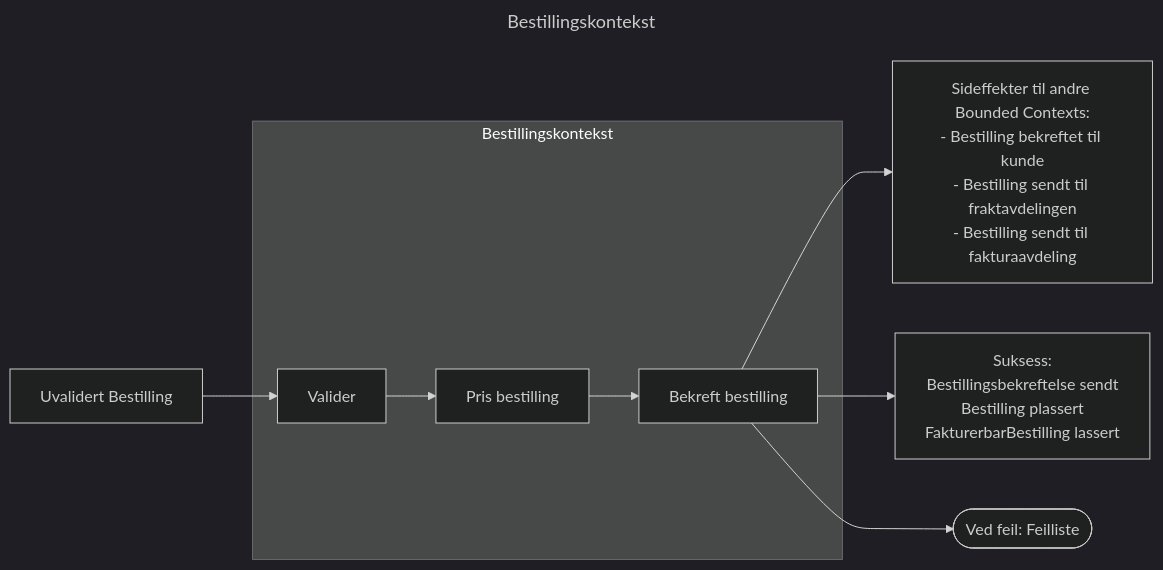
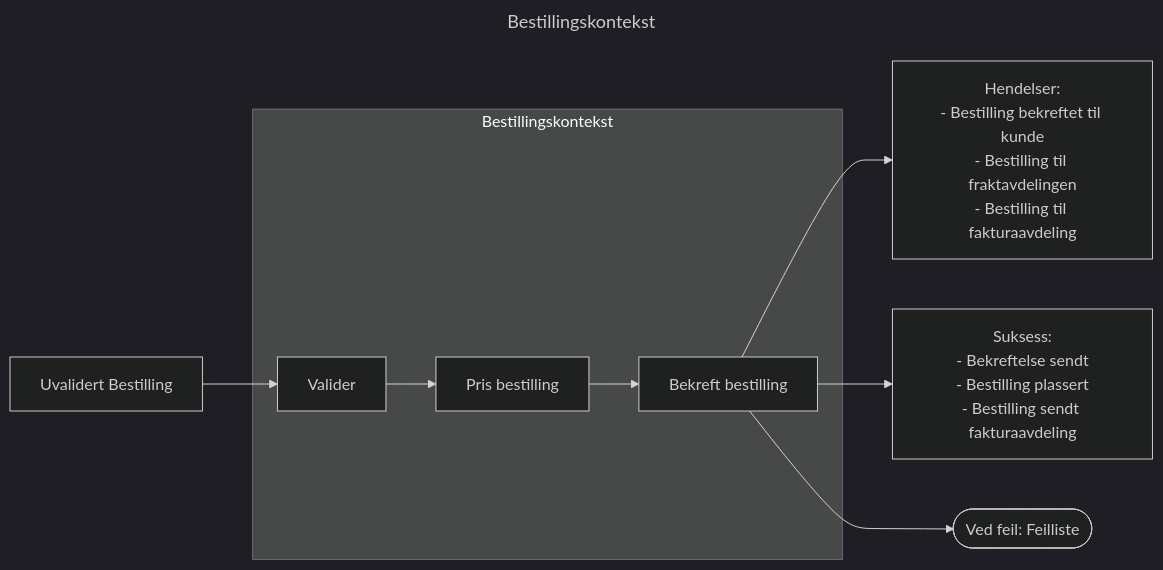
The diagram in README.md (Quist/funksjonell-ddd), drawn with Mermaid (dark theme) before and after one commit. The commit also changed other lines of this file and 1 other file, not shown here.

````diff
--- a/README.md
+++ b/README.md
@@ -21,28 +22,28 @@
 ```mermaid
 ---
 title: Bestillingskontekst
 ---
 flowchart LR
     UvalidertBestilling[Uvalidert Bestilling]
     Validate[Valider]
     Pris[Pris bestilling]
     Bekreft[Bekreft bestilling]
     OnFailure([Ved feil: Feilliste])
-    Sideeffekter["`Sideffekter til andre Bounded Contexts:
+    Sideeffekter["`Hendelser:
     - Bestilling bekreftet til kunde
-    - Bestilling sendt til fraktavdelingen
-    - Bestilling sendt til fakturaavdeling`"]
+    - Bestilling til fraktavdelingen
+    - Bestilling til fakturaavdeling`"]
     OnSuccess["`Suksess:
-    Bestillingsbekreftelse sendt
-    Bestilling plassert
-    FakturerbarBestilling lassert`"]
+    - Bekreftelse sendt
+    - Bestilling plassert
+    - Bestilling sendt fakturaavdeling`"]
     
     UvalidertBestilling --> Validate
     subgraph Bestillingskontekst
         Validate --> Pris
         Pris --> Bekreft
     end
     Bekreft --> Sideeffekter
     Bekreft --> OnSuccess
     Bekreft --> OnFailure
 ```
````
